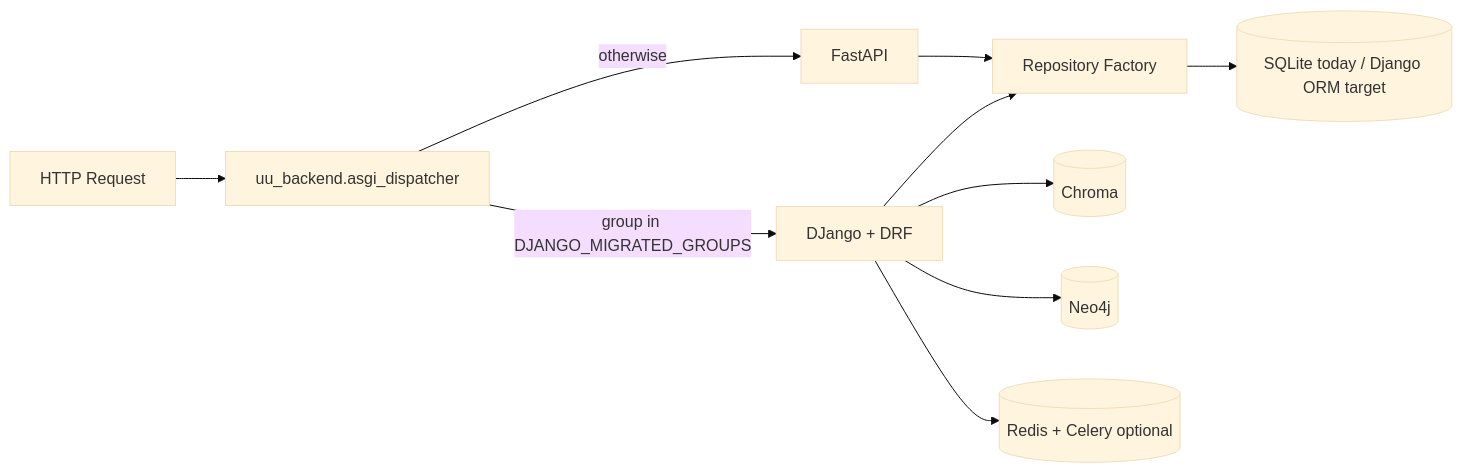
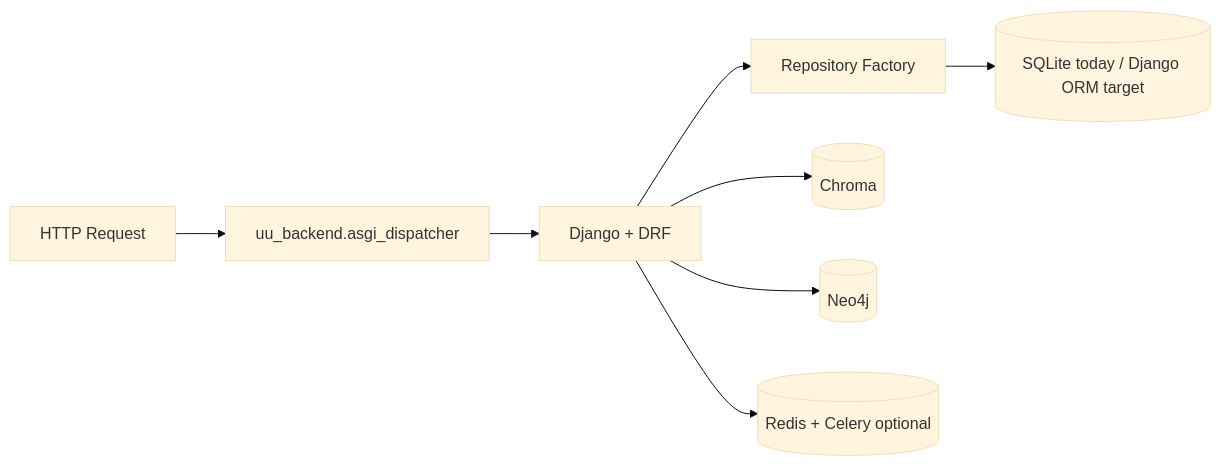
Before and after one commit to Matthew-Booth-Py/data-labeller: the diagram in backend/README.md, drawn with Mermaid (base theme). The commit also changed other lines of this file and 16 other files, not shown here.

````diff
--- a/backend/README.md
+++ b/backend/README.md
@@ -7,12 +7,10 @@
 ```mermaid
 flowchart LR
     REQ[HTTP Request] --> DISP[uu_backend.asgi_dispatcher]
-    DISP -->|group in DJANGO_MIGRATED_GROUPS| DJ[DJango + DRF]
-    DISP -->|otherwise| FA[FastAPI]
+    DISP --> DJ[Django + DRF]
     DJ --> REPO[Repository Factory]
-    FA --> REPO
     REPO --> SQL[(SQLite today / Django ORM target)]
     DJ --> CH[(Chroma)]
     DJ --> NEO[(Neo4j)]
     DJ --> RQ[(Redis + Celery optional)]
 ```
````
